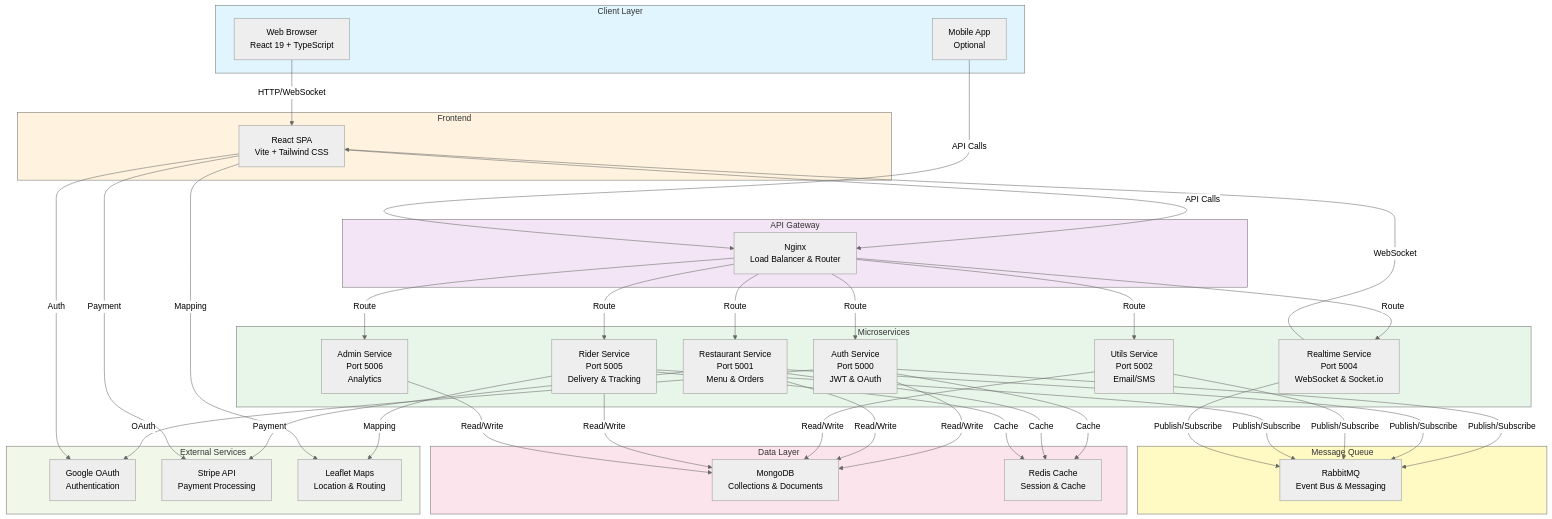
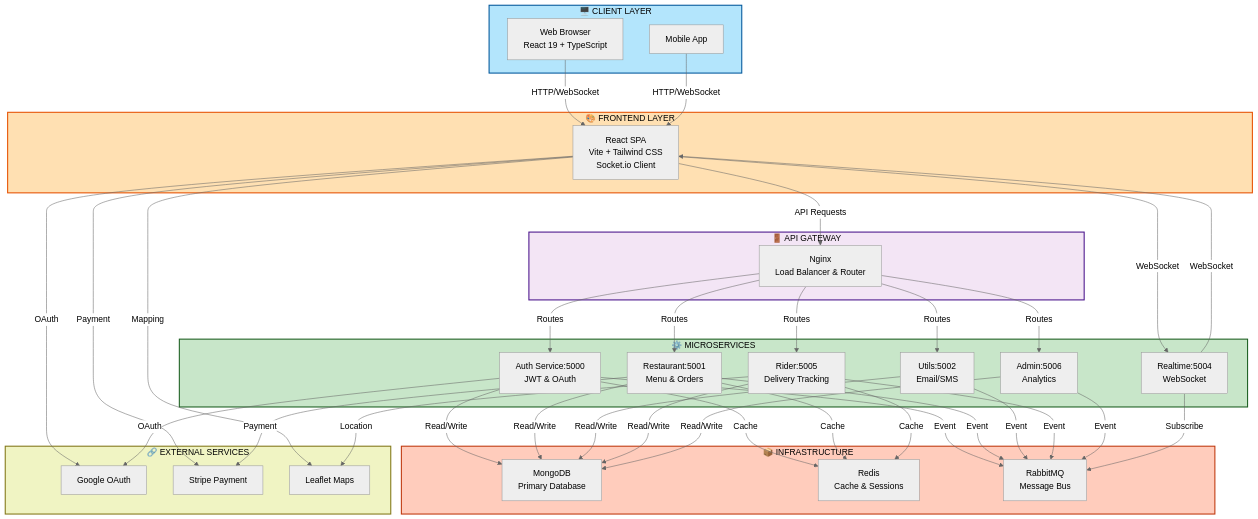
Before and after one commit to suryaparua-official/Food-Delivery-Platform: the diagram in frontend/README.md, drawn with Mermaid (neutral theme). The commit also changed other lines of this file, not shown here.

Commit message:
frontend README update

````diff
--- a/frontend/README.md
+++ b/frontend/README.md
@@ -123,83 +123,83 @@
 ```mermaid
 graph TB
-    subgraph Client["Client Layer"]
+    subgraph Client["🖥️ CLIENT LAYER"]
         WEB["Web Browser<br/>React 19 + TypeScript"]
-        MOBILE["Mobile App<br/>Optional"]
+        MOBILE["Mobile App"]
     end
 
-    subgraph Frontend["Frontend"]
-        REACT["React SPA<br/>Vite + Tailwind CSS"]
+    subgraph Frontend["🎨 FRONTEND LAYER"]
+        REACT["React SPA<br/>Vite + Tailwind CSS<br/>Socket.io Client"]
     end
 
-    subgraph Gateway["API Gateway"]
+    subgraph Gateway["🚪 API GATEWAY"]
         NGINX["Nginx<br/>Load Balancer & Router"]
     end
 
-    subgraph Services["Microservices"]
-        AUTH["Auth Service<br/>Port 5000<br/>JWT & OAuth"]
-        RESTAURANT["Restaurant Service<br/>Port 5001<br/>Menu & Orders"]
-        UTILS["Utils Service<br/>Port 5002<br/>Email/SMS"]
-        RIDER["Rider Service<br/>Port 5005<br/>Delivery & Tracking"]
-        REALTIME["Realtime Service<br/>Port 5004<br/>WebSocket & Socket.io"]
-        ADMIN["Admin Service<br/>Port 5006<br/>Analytics"]
+    subgraph Services["⚙️ MICROSERVICES"]
+        AUTH["Auth Service:5000<br/>JWT & OAuth"]
+        RESTAURANT["Restaurant:5001<br/>Menu & Orders"]
+        UTILS["Utils:5002<br/>Email/SMS"]
+        REALTIME["Realtime:5004<br/>WebSocket"]
+        RIDER["Rider:5005<br/>Delivery Tracking"]
+        ADMIN["Admin:5006<br/>Analytics"]
     end
 
-    subgraph Database["Data Layer"]
-        MONGO["MongoDB<br/>Collections & Documents"]
-        CACHE["Redis Cache<br/>Session & Cache"]
+    subgraph Infrastructure["📦 INFRASTRUCTURE"]
+        MONGO["MongoDB<br/>Primary Database"]
+        CACHE["Redis<br/>Cache & Sessions"]
+        RABBITMQ["RabbitMQ<br/>Message Bus"]
     end
 
-    subgraph MessageQueue["Message Queue"]
-        RABBITMQ["RabbitMQ<br/>Event Bus & Messaging"]
-    end
-
-    subgraph ExternalServices["External Services"]
-        GOOGLE["Google OAuth<br/>Authentication"]
-        STRIPE["Stripe API<br/>Payment Processing"]
-        MAPS["Leaflet Maps<br/>Location & Routing"]
+    subgraph External["🔗 EXTERNAL SERVICES"]
+        GOOGLE["Google OAuth"]
+        STRIPE["Stripe Payment"]
+        MAPS["Leaflet Maps"]
     end
 
     WEB -->|HTTP/WebSocket| REACT
-    REACT -->|API Calls| NGINX
-    MOBILE -->|API Calls| NGINX
+    MOBILE -->|HTTP/WebSocket| REACT
 
-    NGINX -->|Route| AUTH
-    NGINX -->|Route| RESTAURANT
-    NGINX -->|Route| UTILS
-    NGINX -->|Route| RIDER
-    NGINX -->|Route| REALTIME
-    NGINX -->|Route| ADMIN
+    REACT -->|API Requests| NGINX
+    REACT -->|WebSocket| REALTIME
+    REACT -->|OAuth| GOOGLE
+    REACT -->|Payment| STRIPE
+    REACT -->|Mapping| MAPS
+
+    NGINX -->|Routes| AUTH
+    NGINX -->|Routes| RESTAURANT
+    NGINX -->|Routes| UTILS
+    NGINX -->|Routes| RIDER
+    NGINX -->|Routes| ADMIN
 
     AUTH -->|Read/Write| MONGO
+    AUTH -->|Cache| CACHE
+    AUTH -->|Event| RABBITMQ
+
     RESTAURANT -->|Read/Write| MONGO
+    RESTAURANT -->|Cache| CACHE
+    RESTAURANT -->|Event| RABBITMQ
+
     UTILS -->|Read/Write| MONGO
+    UTILS -->|Event| RABBITMQ
+
     RIDER -->|Read/Write| MONGO
+    RIDER -->|Cache| CACHE
+    RIDER -->|Event| RABBITMQ
+
     ADMIN -->|Read/Write| MONGO
+    ADMIN -->|Event| RABBITMQ
 
-    AUTH -->|Cache| CACHE
-    RESTAURANT -->|Cache| CACHE
-    RIDER -->|Cache| CACHE
-
-    AUTH -->|Publish/Subscribe| RABBITMQ
-    RESTAURANT -->|Publish/Subscribe| RABBITMQ
-    UTILS -->|Publish/Subscribe| RABBITMQ
-    RIDER -->|Publish/Subscribe| RABBITMQ
-    REALTIME -->|Publish/Subscribe| RABBITMQ
+    REALTIME -->|Subscribe| RABBITMQ
+    REALTIME -->|WebSocket| REACT
 
     AUTH -->|OAuth| GOOGLE
     RESTAURANT -->|Payment| STRIPE
-    RIDER -->|Mapping| MAPS
-    REACT -->|Auth| GOOGLE
-    REACT -->|Payment| STRIPE
-    REACT -->|Mapping| MAPS
+    RIDER -->|Location| MAPS
 
-    REALTIME -->|WebSocket| REACT
-
-    style Client fill:#e1f5ff
-    style Frontend fill:#fff3e0
-    style Gateway fill:#f3e5f5
-    style Services fill:#e8f5e9
-    style Database fill:#fce4ec
-    style MessageQueue fill:#fff9c4
-    style ExternalServices fill:#f1f8e9
+    style Client fill:#B3E5FC,stroke:#01579B,stroke-width:2px,color:#000
+    style Frontend fill:#FFE0B2,stroke:#E65100,stroke-width:2px,color:#000
+    style Gateway fill:#F3E5F5,stroke:#4A148C,stroke-width:2px,color:#000
+    style Services fill:#C8E6C9,stroke:#1B5E20,stroke-width:2px,color:#000
+    style Infrastructure fill:#FFCCBC,stroke:#BF360C,stroke-width:2px,color:#000
+    style External fill:#F0F4C3,stroke:#827717,stroke-width:2px,color:#000
 ```
````
